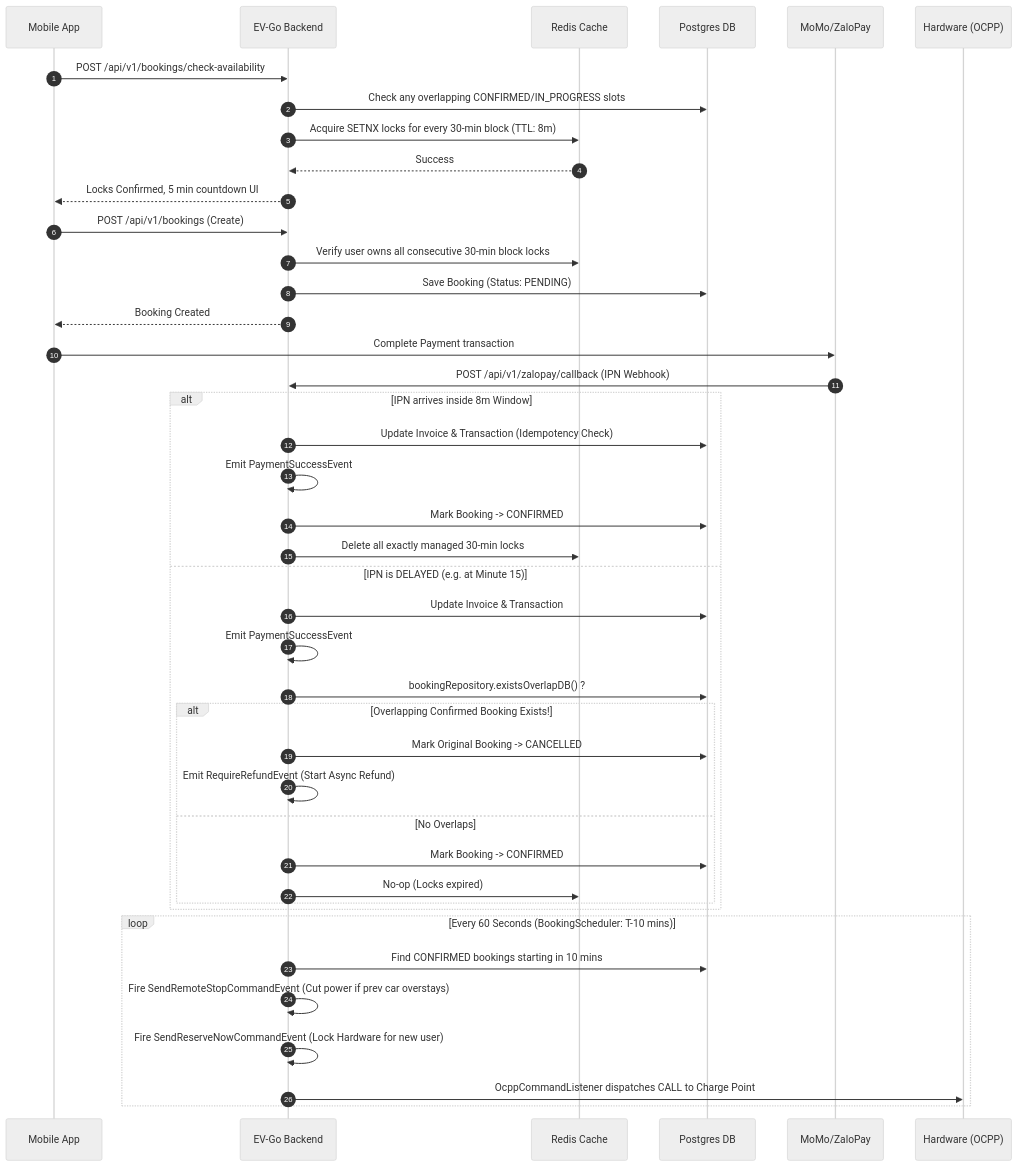
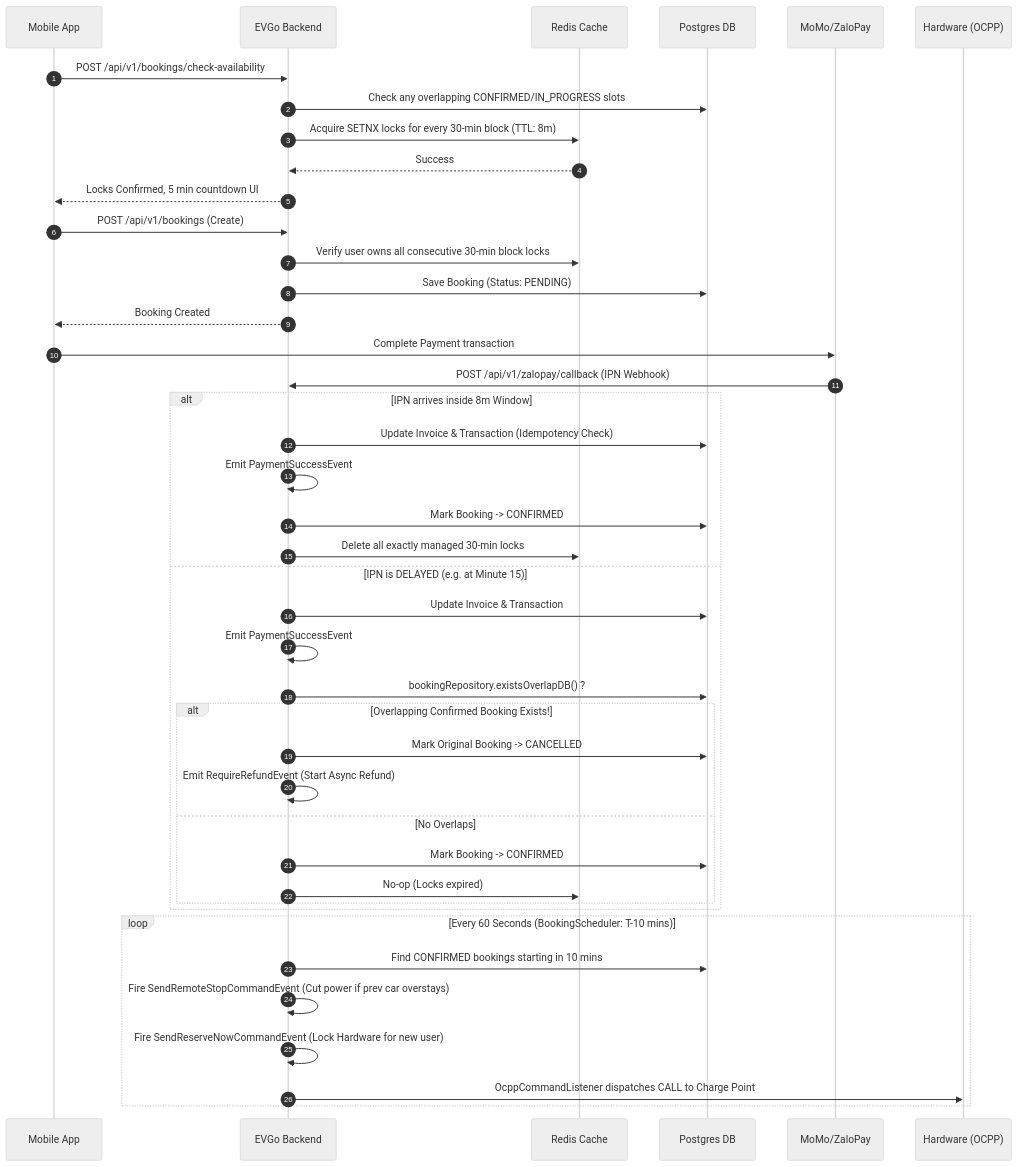
One commit to Sherllgen/DATN changed the diagram in evgo/docs/walkthrough-booking-module.md. Above: the diagram before and after it, drawn with Mermaid (neutral theme). The commit also changed other lines of this file and 143 other files, not shown here.

Commit message:
docs: update root README and report diagrams

````diff
--- a/evgo/docs/walkthrough-booking-module.md
+++ b/evgo/docs/walkthrough-booking-module.md
@@ -102,49 +112,49 @@
 ```mermaid
 sequenceDiagram
     autonumber
     participant App as Mobile App
-    participant BE as EV-Go Backend
+    participant BE as EVGo Backend
     participant Redis as Redis Cache
     participant DB as Postgres DB
     participant Gateway as MoMo/ZaloPay
     participant Charger as Hardware (OCPP)
 
     App->>BE: POST /api/v1/bookings/check-availability
     BE->>DB: Check any overlapping CONFIRMED/IN_PROGRESS slots
     BE->>Redis: Acquire SETNX locks for every 30-min block (TTL: 8m)
     Redis-->>BE: Success
     BE-->>App: Locks Confirmed, 5 min countdown UI
 
     App->>BE: POST /api/v1/bookings (Create)
     BE->>Redis: Verify user owns all consecutive 30-min block locks
     BE->>DB: Save Booking (Status: PENDING)
     BE-->>App: Booking Created
-    
+
     App->>Gateway: Complete Payment transaction
     Gateway->>BE: POST /api/v1/zalopay/callback (IPN Webhook)
-    
+
     alt IPN arrives inside 8m Window
         BE->>DB: Update Invoice & Transaction (Idempotency Check)
         BE->>BE: Emit PaymentSuccessEvent
         BE->>DB: Mark Booking -> CONFIRMED
         BE->>Redis: Delete all exactly managed 30-min locks
     else IPN is DELAYED (e.g. at Minute 15)
         BE->>DB: Update Invoice & Transaction
         BE->>BE: Emit PaymentSuccessEvent
         BE->>DB: bookingRepository.existsOverlapDB() ?
         alt Overlapping Confirmed Booking Exists!
             BE->>DB: Mark Original Booking -> CANCELLED
             BE->>BE: Emit RequireRefundEvent (Start Async Refund)
         else No Overlaps
             BE->>DB: Mark Booking -> CONFIRMED
             BE->>Redis: No-op (Locks expired)
         end
     end
 
     loop Every 60 Seconds (BookingScheduler: T-10 mins)
         BE->>DB: Find CONFIRMED bookings starting in 10 mins
         BE->>BE: Fire SendRemoteStopCommandEvent (Cut power if prev car overstays)
         BE->>BE: Fire SendReserveNowCommandEvent (Lock Hardware for new user)
         BE->>Charger: OcppCommandListener dispatches CALL to Charge Point
     end
 ```
````
